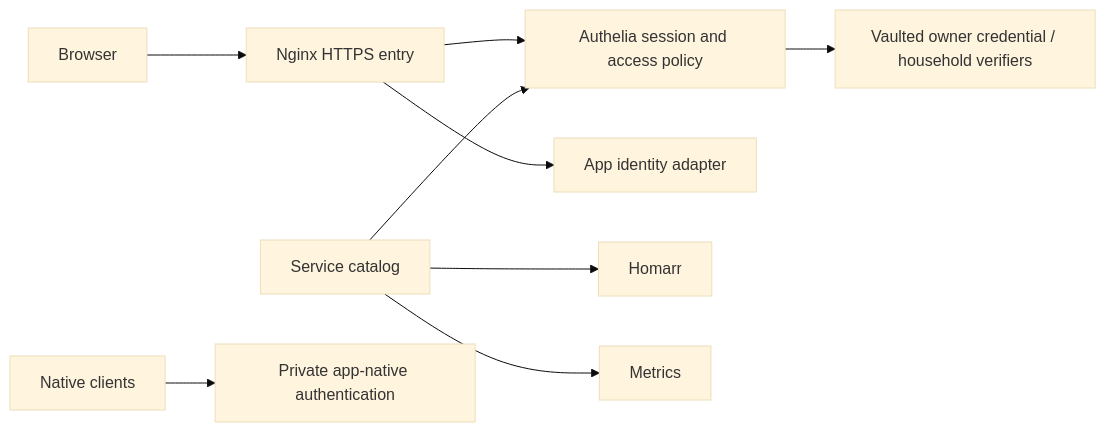
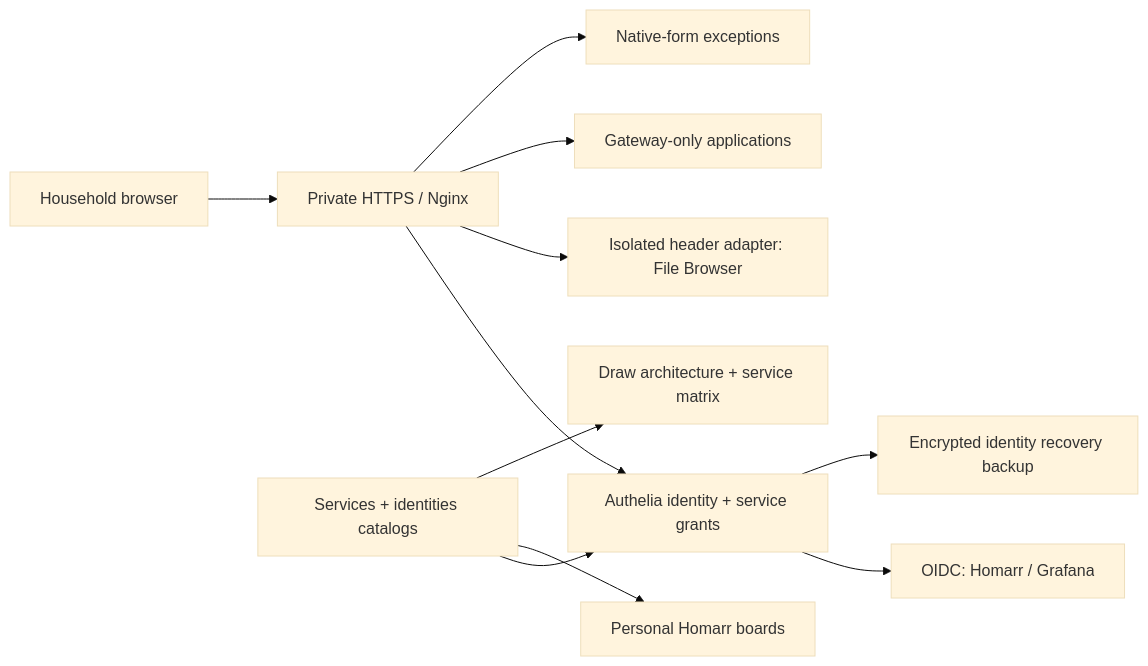
The diagram in docs/authentication.md (essamgouda97/home-server), drawn with Mermaid (base theme) before and after one commit. The commit also changed other lines of this file and 39 other files, not shown here.

Commit message:
Add owner-only household invitations and track identity policy

````diff
--- a/docs/authentication.md
+++ b/docs/authentication.md
@@ -115,11 +162,13 @@
 ```mermaid
 flowchart LR
-  Browser --> HTTPS[Nginx HTTPS entry]
-  HTTPS --> Auth[Authelia session and access policy]
-  Auth --> Vault[Vaulted owner credential / household verifiers]
-  HTTPS --> App[App identity adapter]
-  Catalog[Service catalog] --> Auth
-  Catalog --> Homarr
-  Catalog --> Metrics
-  Native[Native clients] --> NativeAuth[Private app-native authentication]
+  User[Household browser] --> Edge[Private HTTPS / Nginx]
+  Edge --> Auth[Authelia identity + service grants]
+  Catalog[Services + identities catalogs] --> Auth
+  Auth --> OIDC[OIDC: Homarr / Grafana]
+  Edge --> Header[Isolated header adapter: File Browser]
+  Edge --> Gateway[Gateway-only applications]
+  Edge --> Native[Native-form exceptions]
+  Catalog --> Home[Personal Homarr boards]
+  Catalog --> Diagram[Draw architecture + service matrix]
+  Auth --> Backup[Encrypted identity recovery backup]
 ```
````
